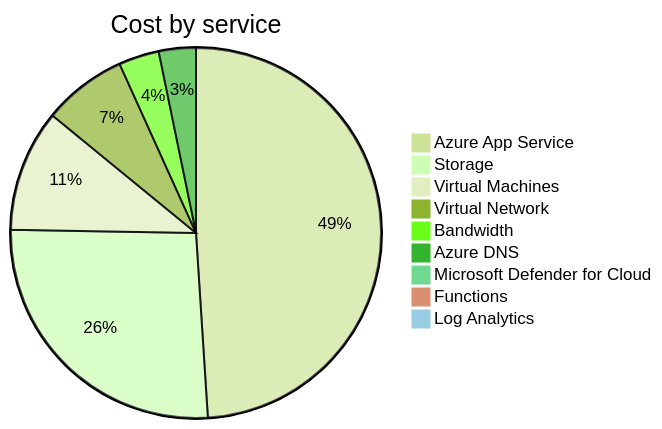
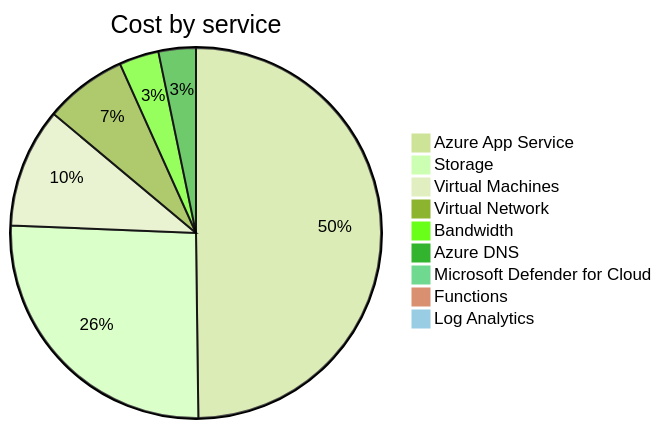
Before and after one commit to jpfulton/azure-personal-reports: the second of 4 diagrams in cost-reports/accumulated-cost.md, drawn with Mermaid (forest theme). The commit also changed other lines of this file and 4 other files, not shown here.

````diff
--- a/cost-reports/accumulated-cost.md
+++ b/cost-reports/accumulated-cost.md
@@ -103,13 +103,13 @@
 ```mermaid
 pie
    title Cost by service
-   "Azure App Service" : 16.52
-   "Storage" : 8.87
+   "Azure App Service" : 17.11
+   "Storage" : 8.88
    "Virtual Machines" : 3.59
    "Virtual Network" : 2.47
    "Bandwidth" : 1.19
-   "Azure DNS" : 1.09
+   "Azure DNS" : 1.12
    "Microsoft Defender for Cloud" : 0.10
    "Functions" : 0.00
    "Log Analytics" : 0.00
 ```
````
